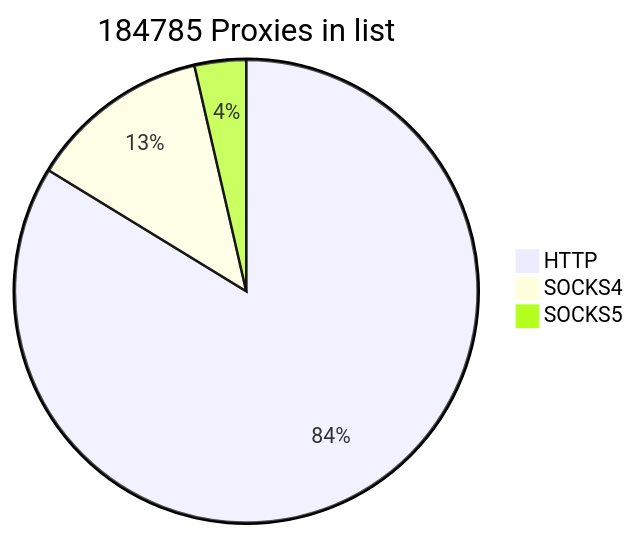
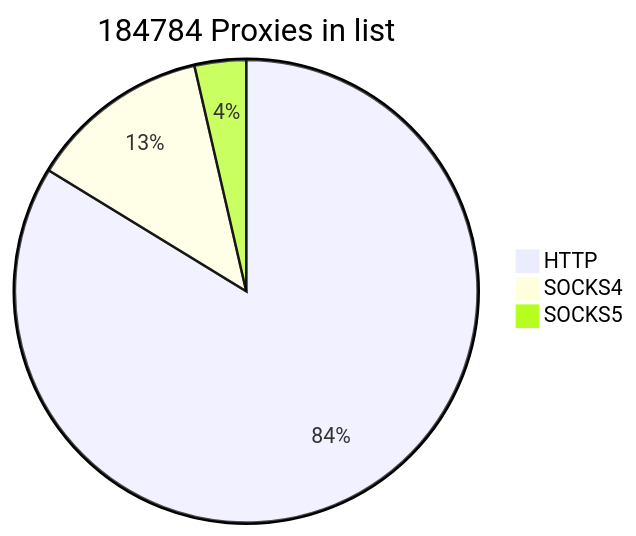
One commit to cutipu/proxylist changed the first of 2 diagrams in README.md. Above: the diagram before and after it, drawn with Mermaid. The commit also changed other lines of this file, not shown here.

````diff
--- a/README.md
+++ b/README.md
@@ -2,7 +2,7 @@
 ```mermaid
-pie title 184785 Proxies in list
-    "HTTP" : 154742
+pie title 184784 Proxies in list
+    "HTTP" : 154741
     "SOCKS4" : 23396
     "SOCKS5" : 6647
             
 ```
````
